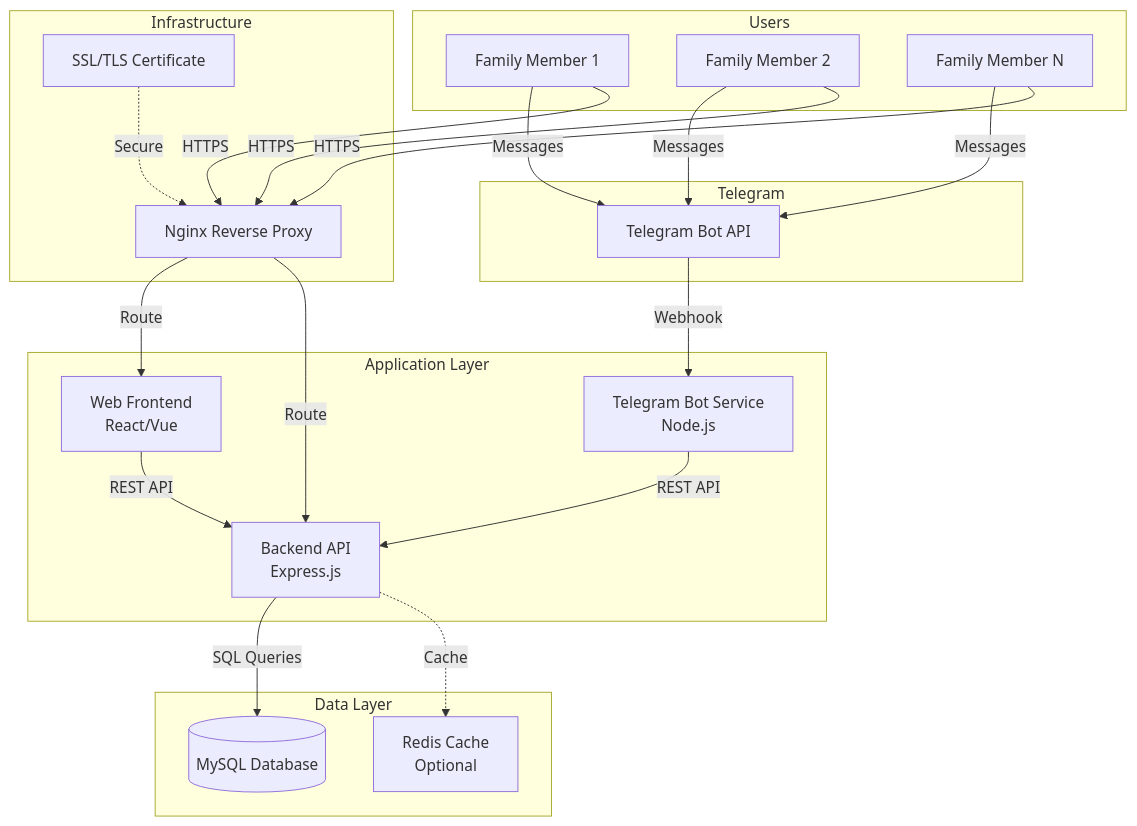
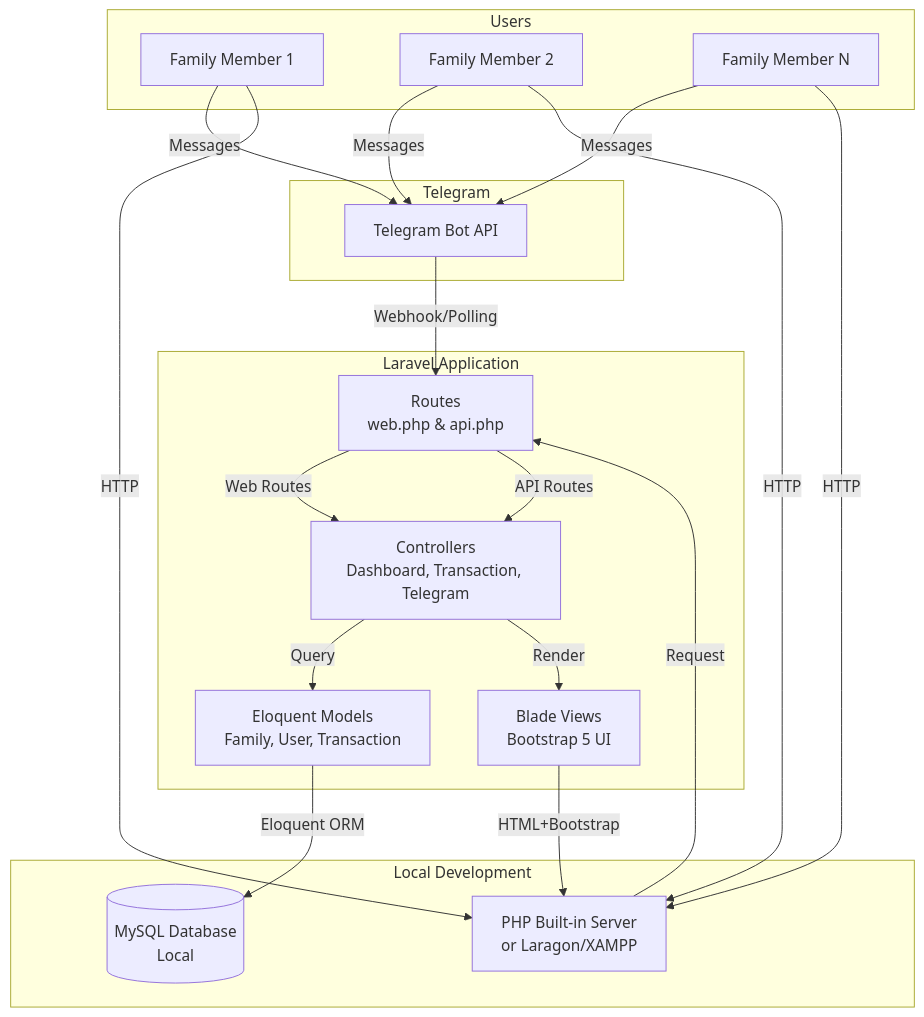
The first of 12 diagrams in architecture_diagram.md (yadiabdillah/money_tracker), drawn with Mermaid before and after one commit. The commit also changed other lines of this file and 3 other files, not shown here.

Commit message:
change stack to php laravel

````diff
--- a/architecture_diagram.md
+++ b/architecture_diagram.md
@@ -5,48 +6,44 @@
 ```mermaid
 graph TB
     subgraph Users
         U1[Family Member 1]
         U2[Family Member 2]
         U3[Family Member N]
     end
     
     subgraph Telegram
         TB[Telegram Bot API]
     end
     
-    subgraph Application Layer
-        BOT[Telegram Bot Service<br/>Node.js]
-        API[Backend API<br/>Express.js]
-        WEB[Web Frontend<br/>React/Vue]
+    subgraph Laravel Application
+        ROUTES[Routes<br/>web.php & api.php]
+        CTRL[Controllers<br/>Dashboard, Transaction, Telegram]
+        MODELS[Eloquent Models<br/>Family, User, Transaction]
+        VIEWS[Blade Views<br/>Bootstrap 5 UI]
     end
     
-    subgraph Data Layer
-        DB[(MySQL Database)]
-        CACHE[Redis Cache<br/>Optional]
-    end
-    
-    subgraph Infrastructure
-        NGINX[Nginx Reverse Proxy]
-        SSL[SSL/TLS Certificate]
+    subgraph Local Development
+        SERVER[PHP Built-in Server<br/>or Laragon/XAMPP]
+        DB[(MySQL Database<br/>Local)]
     end
     
     U1 -->|Messages| TB
     U2 -->|Messages| TB
     U3 -->|Messages| TB
-    TB -->|Webhook| BOT
+    TB -->|Webhook/Polling| ROUTES
     
-    U1 -->|HTTPS| NGINX
-    U2 -->|HTTPS| NGINX
-    U3 -->|HTTPS| NGINX
+    U1 -->|HTTP| SERVER
+    U2 -->|HTTP| SERVER
+    U3 -->|HTTP| SERVER
     
-    NGINX -->|Route| WEB
-    NGINX -->|Route| API
+    SERVER -->|Request| ROUTES
+    ROUTES -->|Web Routes| CTRL
+    ROUTES -->|API Routes| CTRL
     
-    BOT -->|REST API| API
-    WEB -->|REST API| API
+    CTRL -->|Query| MODELS
+    CTRL -->|Render| VIEWS
     
-    API -->|SQL Queries| DB
-    API -.->|Cache| CACHE
+    MODELS -->|Eloquent ORM| DB
     
-    SSL -.->|Secure| NGINX
+    VIEWS -->|HTML+Bootstrap| SERVER
 ```
````
